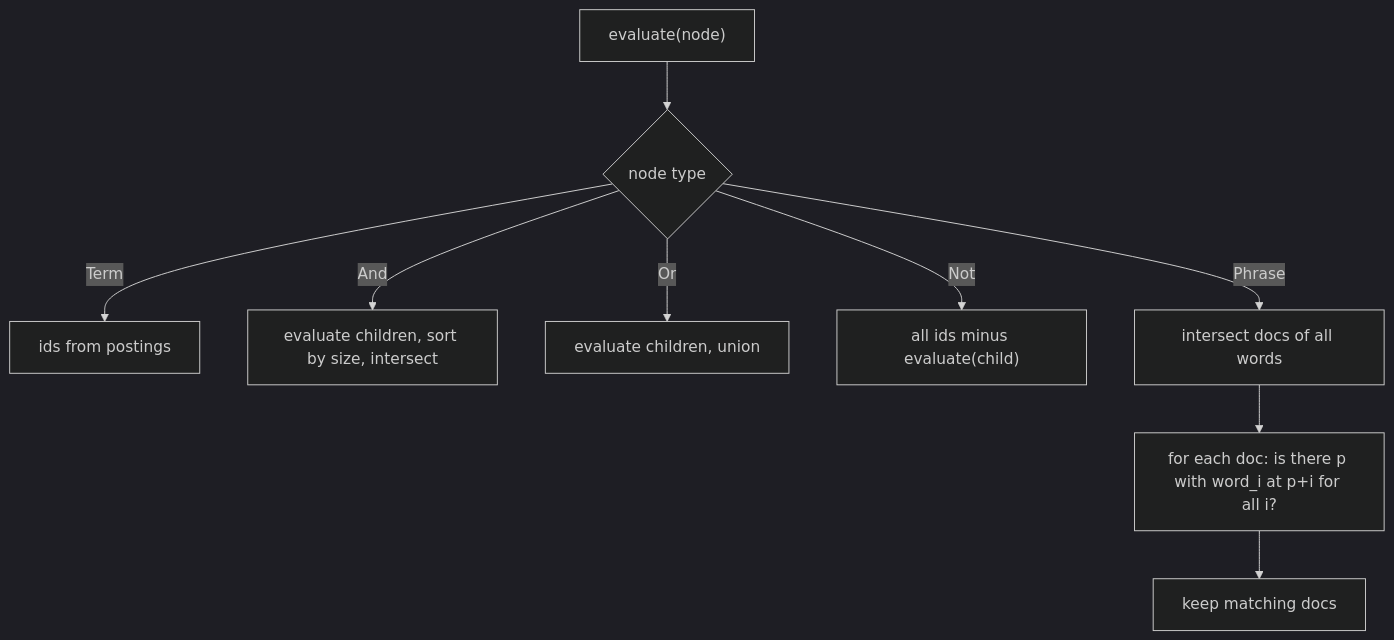
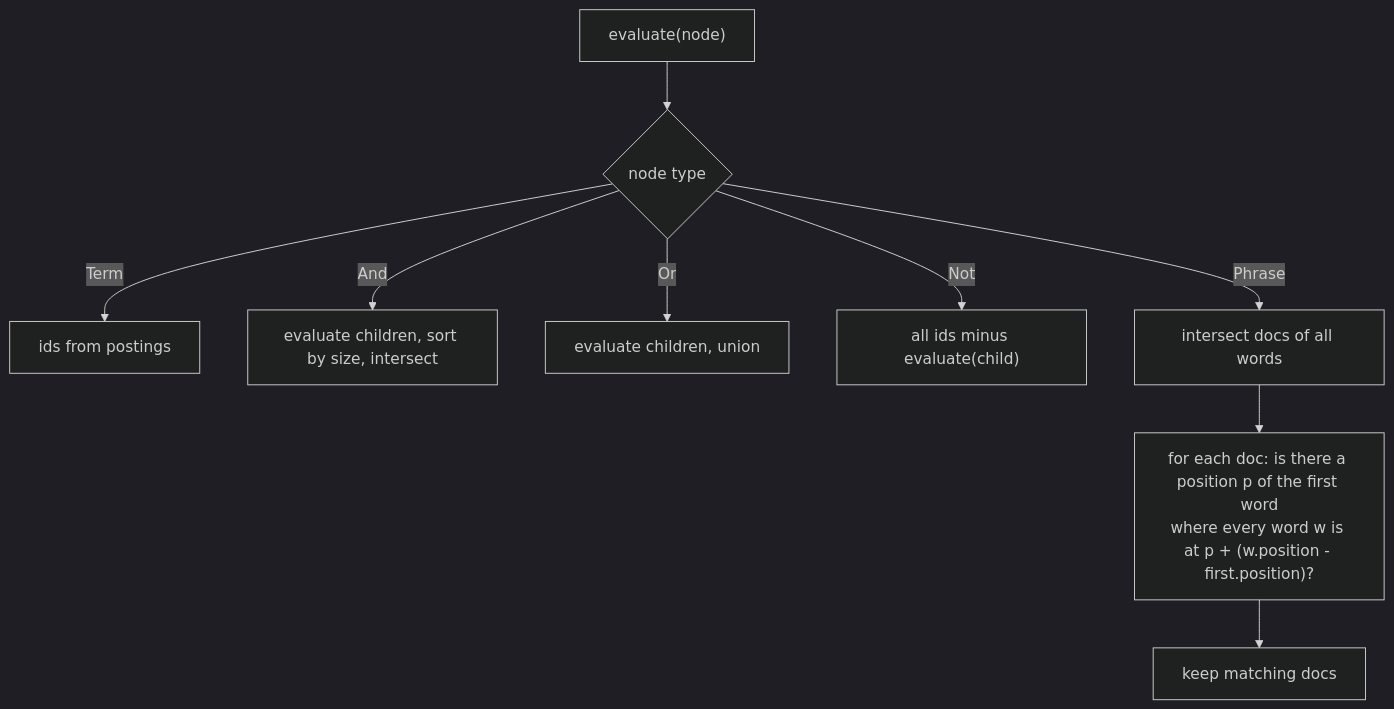
One commit to Princedave101/Search-Engine-Backend- changed diagram 14 of 18 in task.md. Above: the diagram before and after it, drawn with Mermaid (dark theme). The commit also changed other lines of this file and 31 other files, not shown here.

````diff
--- a/task.md
+++ b/task.md
@@ -994,11 +1151,11 @@
 ```mermaid
 flowchart TD
     A["evaluate(node)"] --> B{"node type"}
     B -- Term --> C["ids from postings"]
     B -- And --> D["evaluate children, sort by size, intersect"]
     B -- Or --> E["evaluate children, union"]
     B -- Not --> F["all ids minus evaluate(child)"]
     B -- Phrase --> G["intersect docs of all words"]
-    G --> H["for each doc: is there p with word_i at p+i for all i?"]
+    G --> H["for each doc: is there a position p of the first word<br/>where every word w is at p + (w.position - first.position)?"]
     H --> I["keep matching docs"]
 ```
````
